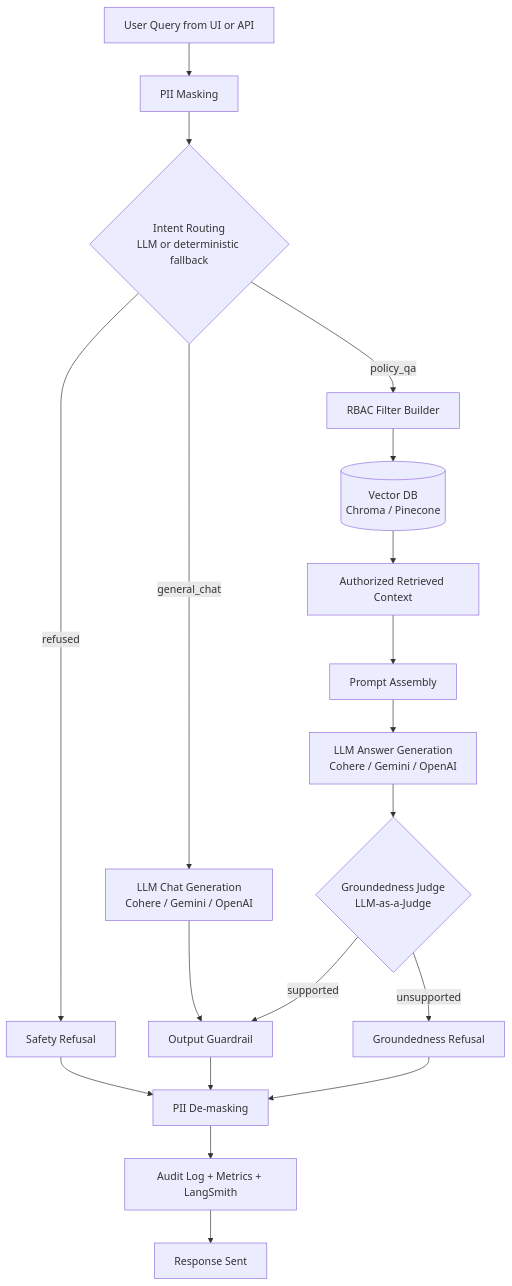
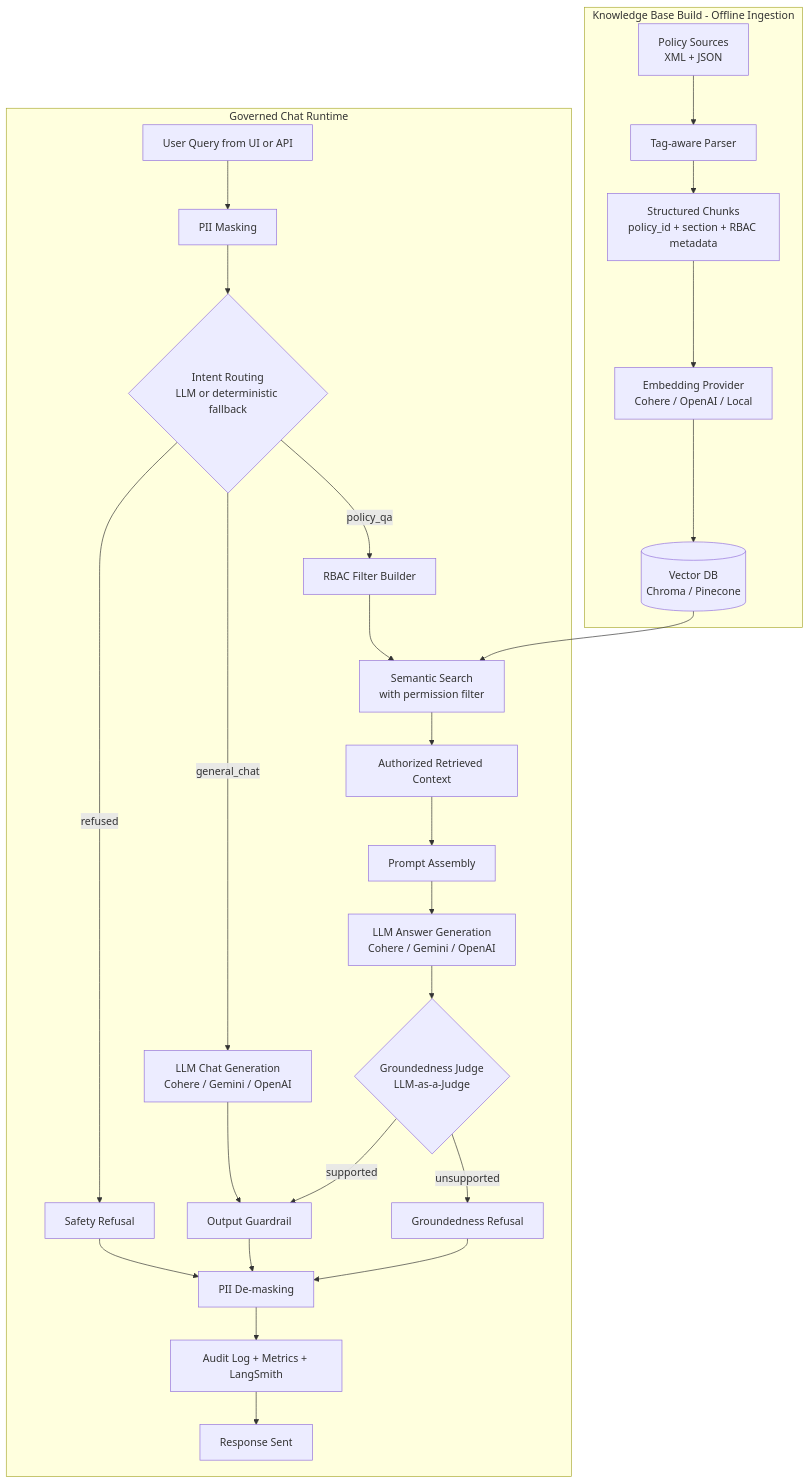
One commit to khushboovdesai/Ask-Governed-RAG-Chatbot changed the diagram in README.md. Above: the diagram before and after it, drawn with Mermaid.

Commit message:
docs: add ingestion lane to README flow
Show how XML/JSON policy sources are parsed, chunked with RBAC metadata, embedded, and stored in the vector DB that the runtime chat flow searches.

````diff
--- a/README.md
+++ b/README.md
@@ -63,21 +63,32 @@
 ```mermaid
 flowchart TD
-    U[User Query from UI or API] --> M[PII Masking]
-    M --> R{Intent Routing<br/>LLM or deterministic fallback}
-    R -->|refused| X[Safety Refusal]
-    R -->|general_chat| G[LLM Chat Generation<br/>Cohere / Gemini / OpenAI]
-    R -->|policy_qa| A[RBAC Filter Builder]
-    A --> V[(Vector DB<br/>Chroma / Pinecone)]
-    V --> C[Authorized Retrieved Context]
-    C --> P[Prompt Assembly]
-    P --> L[LLM Answer Generation<br/>Cohere / Gemini / OpenAI]
-    G --> O[Output Guardrail]
-    L --> J{Groundedness Judge<br/>LLM-as-a-Judge}
-    J -->|supported| O
-    J -->|unsupported| F[Groundedness Refusal]
-    X --> D[PII De-masking]
-    F --> D
-    O --> D
-    D --> LOG[Audit Log + Metrics + LangSmith]
-    LOG --> RSP[Response Sent]
+    subgraph INGEST[Knowledge Base Build - Offline Ingestion]
+        SRC[Policy Sources<br/>XML + JSON] --> PARSE[Tag-aware Parser]
+        PARSE --> CHUNK[Structured Chunks<br/>policy_id + section + RBAC metadata]
+        CHUNK --> EMB[Embedding Provider<br/>Cohere / OpenAI / Local]
+        EMB --> V[(Vector DB<br/>Chroma / Pinecone)]
+    end
+
+    subgraph CHAT[Governed Chat Runtime]
+        U[User Query from UI or API] --> M[PII Masking]
+        M --> R{Intent Routing<br/>LLM or deterministic fallback}
+        R -->|refused| X[Safety Refusal]
+        R -->|general_chat| G[LLM Chat Generation<br/>Cohere / Gemini / OpenAI]
+        R -->|policy_qa| A[RBAC Filter Builder]
+        A --> SEARCH[Semantic Search<br/>with permission filter]
+        SEARCH --> C[Authorized Retrieved Context]
+        C --> P[Prompt Assembly]
+        P --> L[LLM Answer Generation<br/>Cohere / Gemini / OpenAI]
+        G --> O[Output Guardrail]
+        L --> J{Groundedness Judge<br/>LLM-as-a-Judge}
+        J -->|supported| O
+        J -->|unsupported| F[Groundedness Refusal]
+        X --> D[PII De-masking]
+        F --> D
+        O --> D
+        D --> LOG[Audit Log + Metrics + LangSmith]
+        LOG --> RSP[Response Sent]
+    end
+
+    V --> SEARCH
 ```
````
